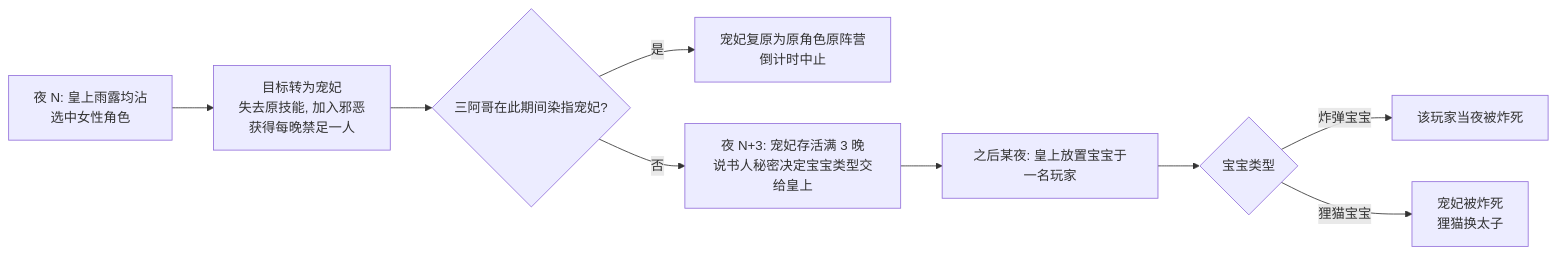
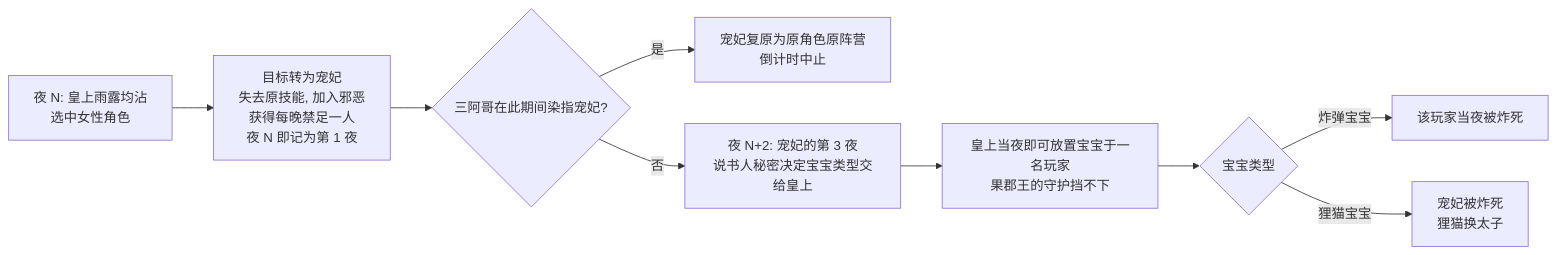
The fifth of 5 diagrams in docs/decision_maps.md (yfan2676/XueRanZhenHuan_GM_Support), drawn with Mermaid before and after one commit. The commit also changed other lines of this file and 11 other files, not shown here.

````diff
--- a/docs/decision_maps.md
+++ b/docs/decision_maps.md
@@ -126,11 +126,11 @@
 ```mermaid
 flowchart LR
-    A[夜 N: 皇上雨露均沾<br/>选中女性角色] --> B[目标转为宠妃<br/>失去原技能, 加入邪恶<br/>获得每晚禁足一人]
+    A[夜 N: 皇上雨露均沾<br/>选中女性角色] --> B[目标转为宠妃<br/>失去原技能, 加入邪恶<br/>获得每晚禁足一人<br/>夜 N 即记为第 1 夜]
     B --> C{三阿哥在此期间染指宠妃?}
     C -- 是 --> D[宠妃复原为原角色原阵营<br/>倒计时中止]
-    C -- 否 --> E[夜 N+3: 宠妃存活满 3 晚<br/>说书人秘密决定宝宝类型交给皇上]
-    E --> F[之后某夜: 皇上放置宝宝于一名玩家]
+    C -- 否 --> E[夜 N+2: 宠妃的第 3 夜<br/>说书人秘密决定宝宝类型交给皇上]
+    E --> F[皇上当夜即可放置宝宝于一名玩家<br/>果郡王的守护挡不下]
     F --> G{宝宝类型}
     G -- 炸弹宝宝 --> H[该玩家当夜被炸死]
     G -- 狸猫宝宝 --> I[宠妃被炸死<br/>狸猫换太子]
 ```
````
